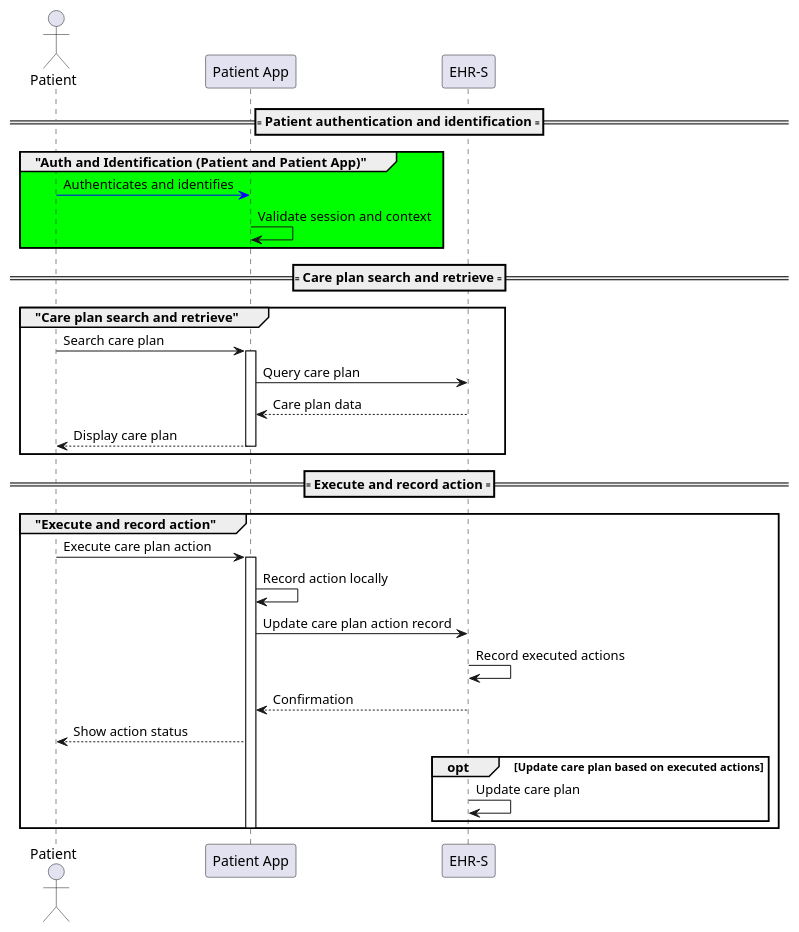
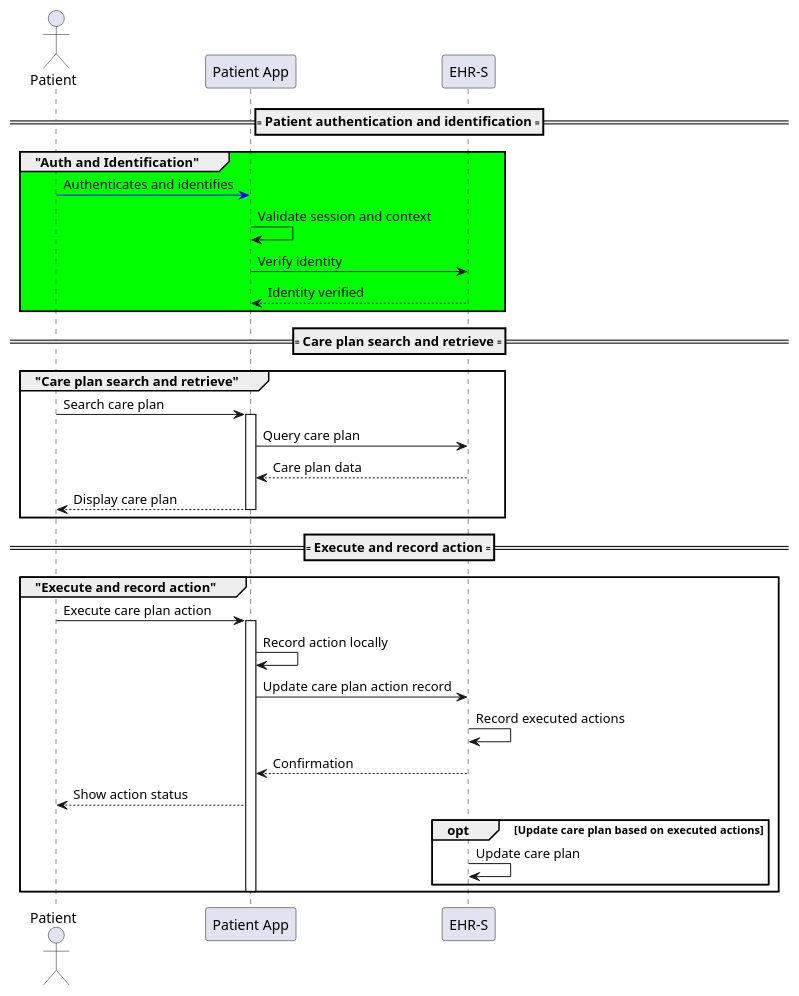
One commit to hl7-eu/xshare-careplan changed the diagram in input/images-source/seq-pat-actions.plantuml. Above: the diagram before and after it, drawn with PlantUML. The commit also changed 2 other files, not shown here.

Commit message:
refactor sequence diagrams for HCP and Patient actions

```diff
--- a/input/images-source/seq-pat-actions.plantuml
+++ b/input/images-source/seq-pat-actions.plantuml
@@ -1,37 +1,39 @@
 @startuml
 actor "Patient" as PAT
 participant "Patient App" as PAT_APP
 participant "EHR-S" as EHR_S
 
 ==== Patient authentication and identification ====
-group #00FF00 "Auth and Identification (Patient and Patient App)"
+group #00FF00 "Auth and Identification"
 PAT -[#blue]> PAT_APP: Authenticates and identifies
 PAT_APP -> PAT_APP: Validate session and context
+PAT_APP -> EHR_S: Verify identity
+EHR_S --> PAT_APP: Identity verified
 end group
 
 ==== Care plan search and retrieve ====
 group "Care plan search and retrieve"
 PAT -> PAT_APP: Search care plan
 activate PAT_APP
 PAT_APP -> EHR_S: Query care plan
 EHR_S --> PAT_APP: Care plan data
 PAT_APP --> PAT: Display care plan
 deactivate PAT_APP
 end group
 
 ==== Execute and record action ====
 group "Execute and record action"
 PAT -> PAT_APP: Execute care plan action
 activate PAT_APP
 PAT_APP -> PAT_APP: Record action locally
 PAT_APP -> EHR_S: Update care plan action record
 EHR_S -> EHR_S: Record executed actions
 EHR_S --> PAT_APP: Confirmation
 PAT_APP --> PAT: Show action status
 opt Update care plan based on executed actions
 EHR_S -> EHR_S: Update care plan
 end opt
 deactivate PAT_APP
 end group
 
 @enduml
```
